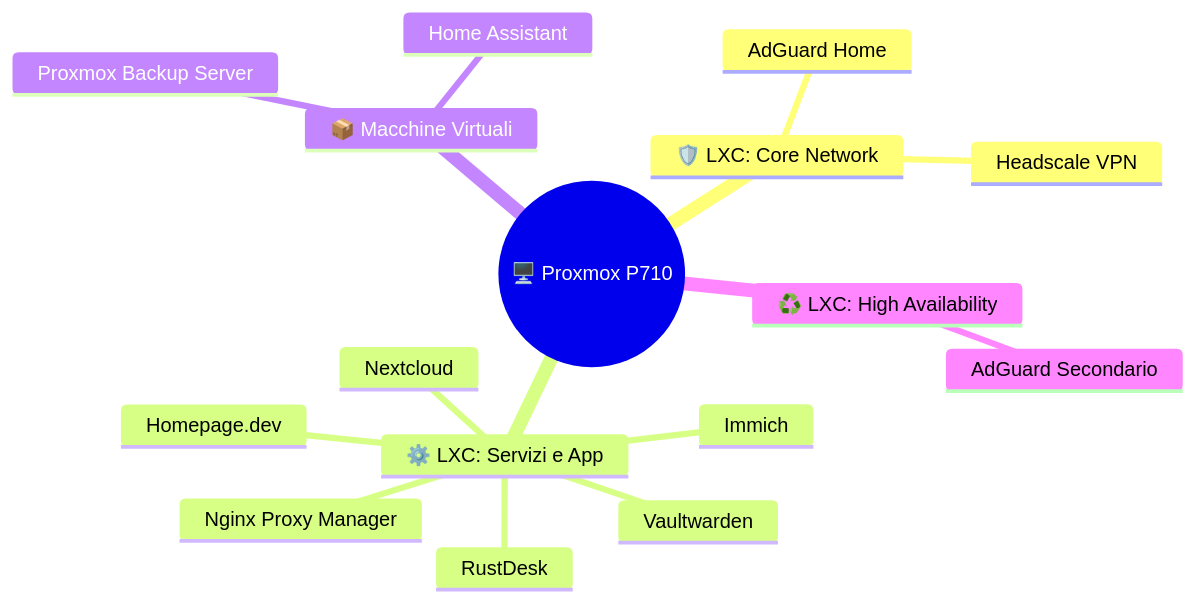
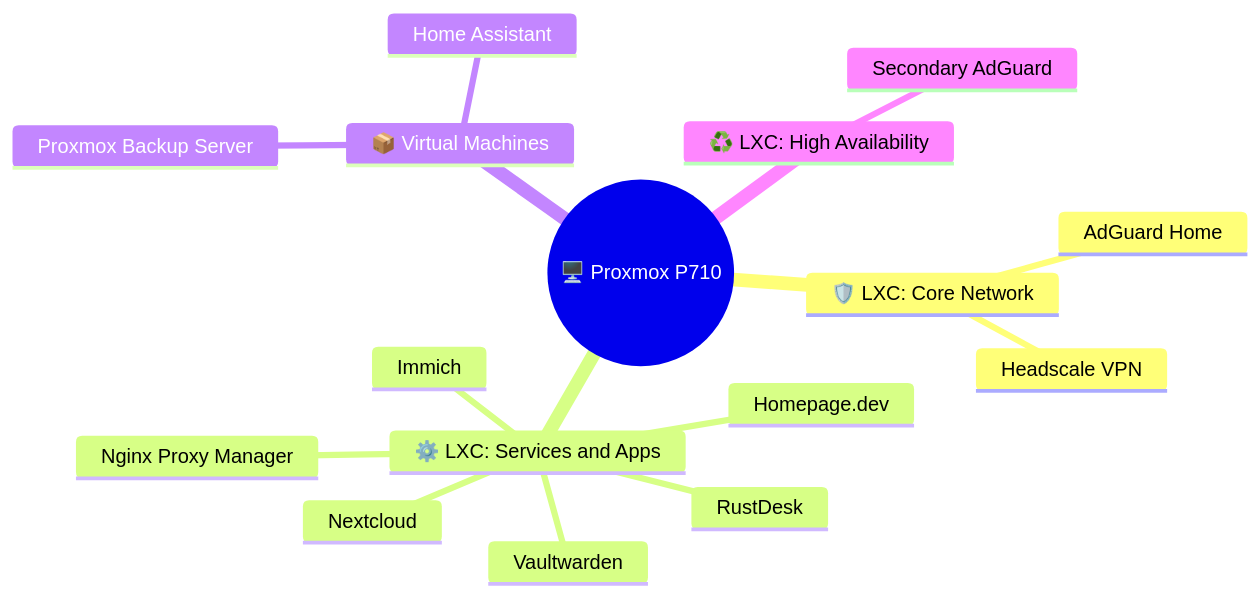
The third of 3 diagrams in docs/infrastructure_plan_and_map.md (Mohamed-DN/Sovereign-Homelab), drawn with Mermaid before and after one commit. The commit also changed other lines of this file and 5 other files, not shown here.

````diff
--- a/docs/infrastructure_plan_and_map.md
+++ b/docs/infrastructure_plan_and_map.md
@@ -71,19 +71,19 @@
 ```mermaid
 mindmap
   root((🖥️ Proxmox P710))
     🛡️ LXC: Core Network
       AdGuard Home
       Headscale VPN
-    ⚙️ LXC: Servizi e App
+    ⚙️ LXC: Services and Apps
       Nginx Proxy Manager
       Vaultwarden
       Immich
       Nextcloud
       Homepage.dev
       RustDesk
-    📦 Macchine Virtuali
+    📦 Virtual Machines
       Proxmox Backup Server
       Home Assistant
     ♻️ LXC: High Availability
-      AdGuard Secondario
+      Secondary AdGuard
 ```
````
